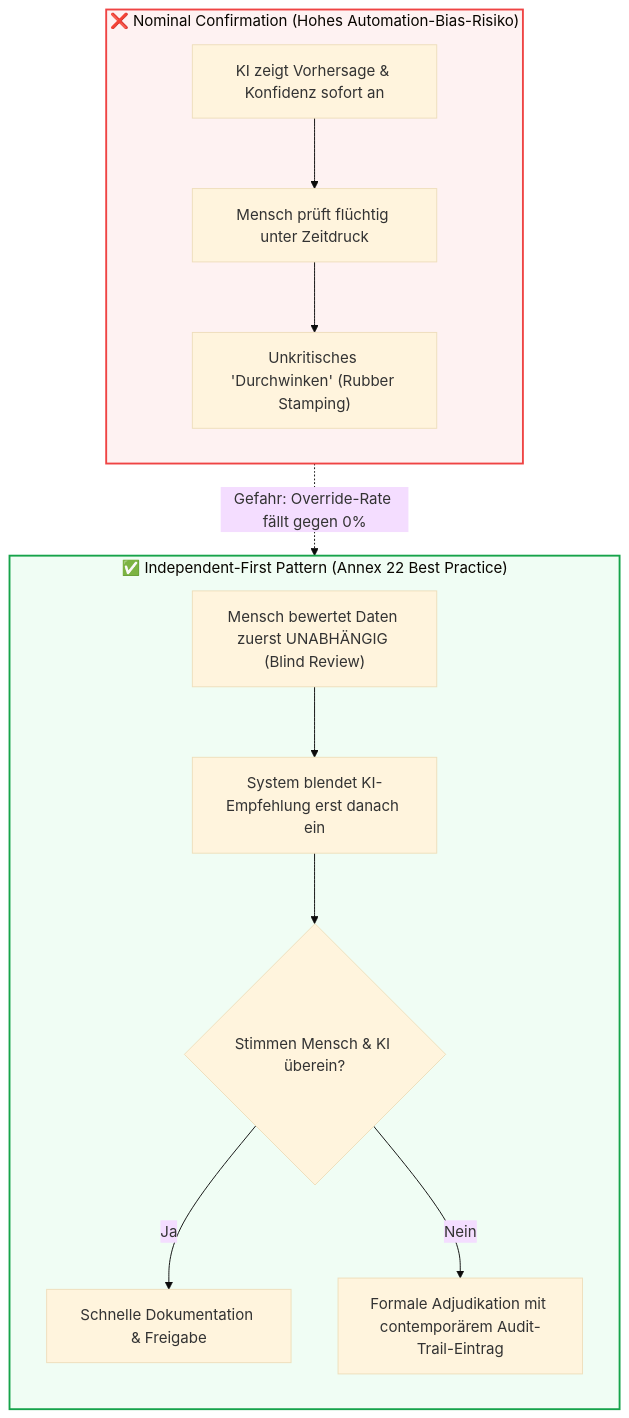
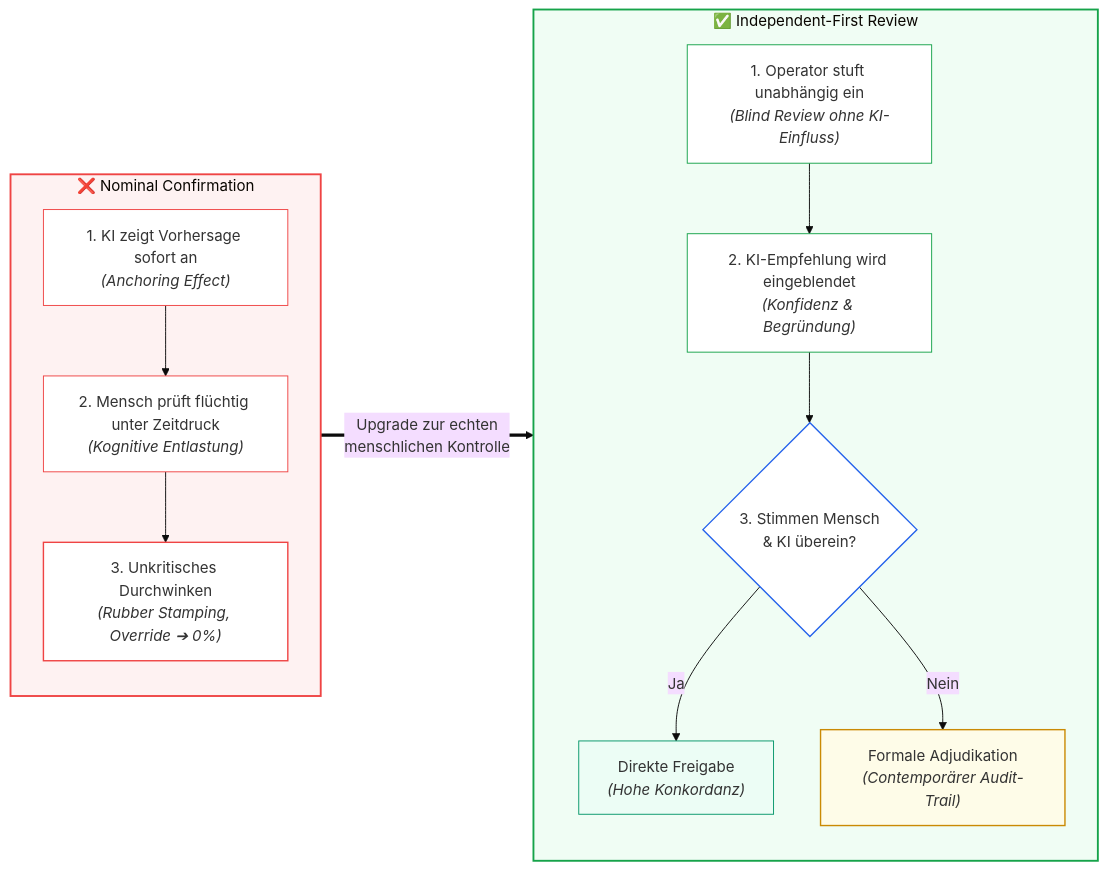
One commit to Lunaman06/Annex22 changed the diagram in docs/de/module_10_human_oversight_hitl.md. Above: the diagram before and after it, drawn with Mermaid (base theme). The commit also changed 29 other files, not shown here.

Commit message:
style(docs): optimize mermaid diagram aspect ratios, edge flows and legibility across all DE and EN modules

````diff
--- a/docs/de/module_10_human_oversight_hitl.md
+++ b/docs/de/module_10_human_oversight_hitl.md
@@ -22,21 +22,35 @@
 ```mermaid
-flowchart TD
-    subgraph Bad["❌ Nominal Confirmation (Hohes Automation-Bias-Risiko)"]
+flowchart LR
+    subgraph Bad["❌ Nominal Confirmation"]
         direction TB
-        B1["KI zeigt Vorhersage & Konfidenz sofort an"] --> B2["Mensch prüft flüchtig unter Zeitdruck"]
-        B2 --> B3["Unkritisches 'Durchwinken' (Rubber Stamping)"]
+        B1["1. KI zeigt Vorhersage sofort an<br/><i>(Anchoring Effect)</i>"]
+        B2["2. Mensch prüft flüchtig unter Zeitdruck<br/><i>(Kognitive Entlastung)</i>"]
+        B3["3. Unkritisches Durchwinken<br/><i>(Rubber Stamping, Override ➔ 0%)</i>"]
+        B1 --> B2 --> B3
     end
 
-    subgraph Good["✅ Independent-First Pattern (Annex 22 Best Practice)"]
+    subgraph Good["✅ Independent-First Review"]
         direction TB
-        G1["Mensch bewertet Daten zuerst UNABHÄNGIG (Blind Review)"] --> G2["System blendet KI-Empfehlung erst danach ein"]
-        G2 --> G3{"Stimmen Mensch & KI überein?"}
-        G3 -- Ja --> G4["Schnelle Dokumentation & Freigabe"]
-        G3 -- Nein --> G5["Formale Adjudikation mit contemporärem Audit-Trail-Eintrag"]
+        G1["1. Operator stuft unabhängig ein<br/><i>(Blind Review ohne KI-Einfluss)</i>"]
+        G2["2. KI-Empfehlung wird eingeblendet<br/><i>(Konfidenz & Begründung)</i>"]
+        G3{"3. Stimmen Mensch<br/>& KI überein?"}
+        G4["Direkte Freigabe<br/><i>(Hohe Konkordanz)</i>"]
+        G5["Formale Adjudikation<br/><i>(Contemporärer Audit-Trail)</i>"]
+        G1 --> G2 --> G3
+        G3 -- "Ja" --> G4
+        G3 -- "Nein" --> G5
     end
 
-    Bad -.->|Gefahr: Override-Rate fällt gegen 0%| Good
+    Bad ==>|"Upgrade zur echten<br/>menschlichen Kontrolle"| Good
 
     style Bad fill:#fef2f2,stroke:#ef4444,stroke-width:2px
     style Good fill:#f0fdf4,stroke:#16a34a,stroke-width:2px
+    style B1 fill:#ffffff,stroke:#ef4444,stroke-width:1px
+    style B2 fill:#ffffff,stroke:#ef4444,stroke-width:1px
+    style B3 fill:#ffffff,stroke:#ef4444,stroke-width:1.5px
+    style G1 fill:#ffffff,stroke:#16a34a,stroke-width:1px
+    style G2 fill:#ffffff,stroke:#16a34a,stroke-width:1px
+    style G3 fill:#ffffff,stroke:#2563eb,stroke-width:1.5px
+    style G4 fill:#ecfdf5,stroke:#059669,stroke-width:1px
+    style G5 fill:#fefce8,stroke:#ca8a04,stroke-width:1.5px
 ```
````
